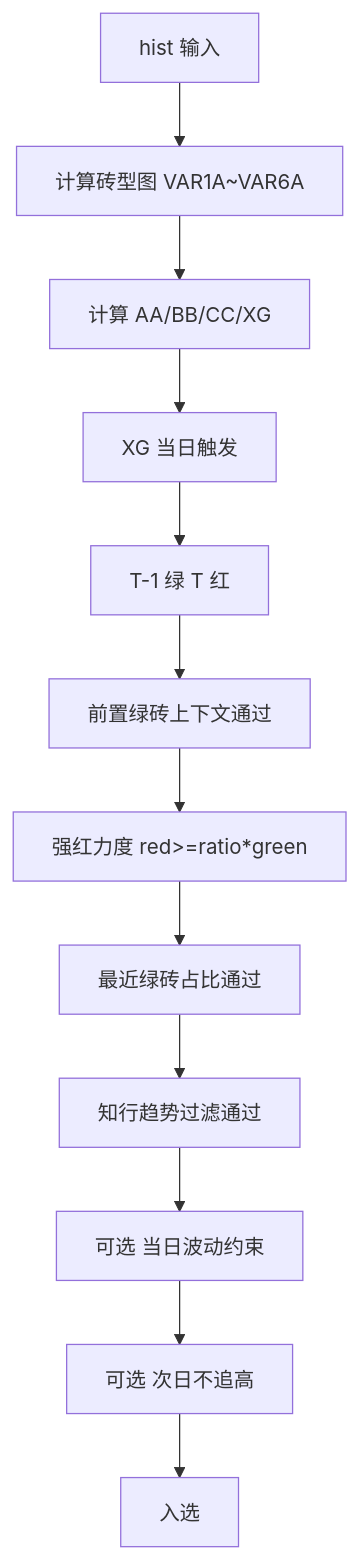
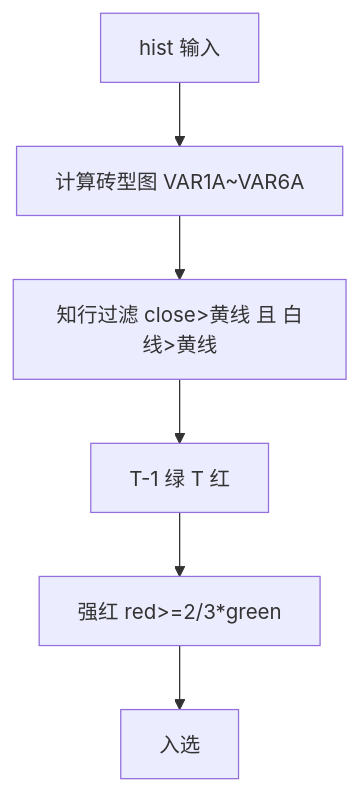
Before and after one commit to jayshenn/StockTradebyZ: the seventh of 7 diagrams in README.md, drawn with Mermaid. The commit also changed other lines of this file and 4 other files, not shown here.

````diff
--- a/README.md
+++ b/README.md
@@ -609,14 +585,8 @@
 ```mermaid
 flowchart TD
     A[hist 输入] --> B[计算砖型图 VAR1A~VAR6A]
-    B --> C[计算 AA/BB/CC/XG]
-    C --> D[XG 当日触发]
-    D --> E[T-1 绿 T 红]
-    E --> F[前置绿砖上下文通过]
-    F --> G[强红力度 red>=ratio*green]
-    G --> H[最近绿砖占比通过]
-    H --> I[知行趋势过滤通过]
-    I --> J[可选 当日波动约束]
-    J --> K[可选 次日不追高]
-    K --> L[入选]
+    B --> C[知行过滤 close>黄线 且 白线>黄线]
+    C --> D[T-1 绿 T 红]
+    D --> E[强红 red>=2/3*green]
+    E --> F[入选]
 ```
````
